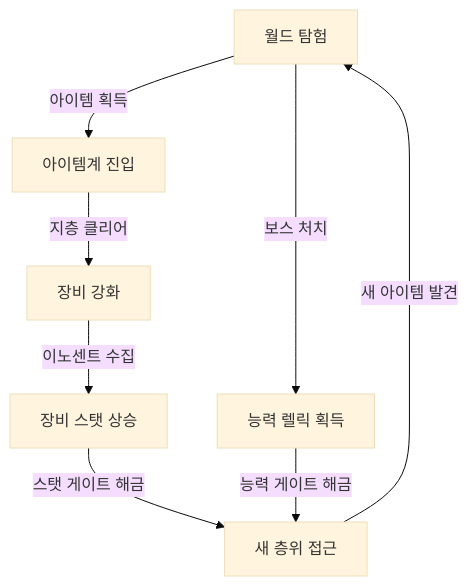
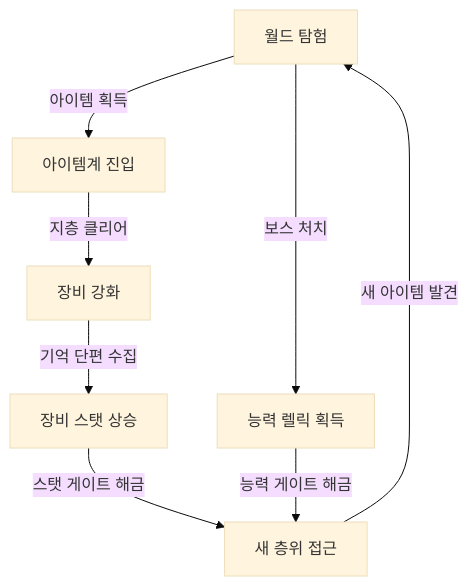
One commit to Biskraft/ProjectAbyss changed the second of 2 diagrams in Documents/Terms/Project_Vision_Abyss.md. Above: the diagram before and after it, drawn with Mermaid (base theme). The commit also changed other lines of this file and 197 other files, not shown here.

````diff
--- a/Documents/Terms/Project_Vision_Abyss.md
+++ b/Documents/Terms/Project_Vision_Abyss.md
@@ -128,11 +128,11 @@
 ```mermaid
 graph TD
     A[월드 탐험] -->|아이템 획득| B[아이템계 진입]
     B -->|지층 클리어| C[장비 강화]
-    C -->|이노센트 수집| D[장비 스탯 상승]
+    C -->|기억 단편 수집| D[장비 스탯 상승]
     D -->|스탯 게이트 해금| E[새 층위 접근]
     E -->|새 아이템 발견| A
 
     A -->|보스 처치| F[능력 렐릭 획득]
     F -->|능력 게이트 해금| E
 ```
````
